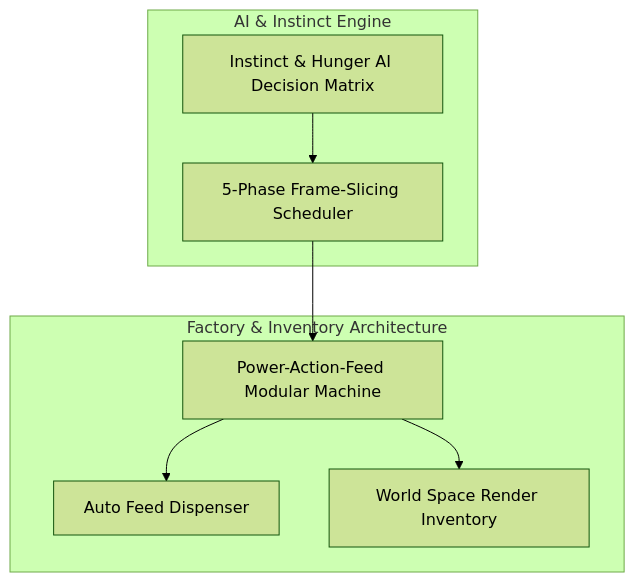
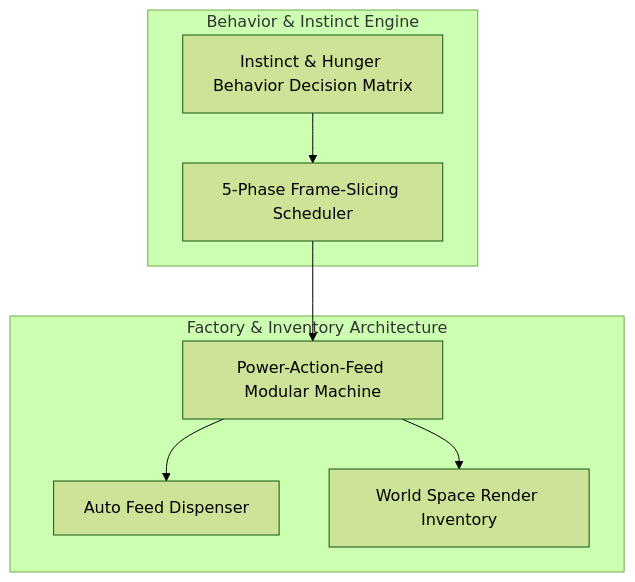
One commit to phal5/XSBD-WebPortfolio changed the diagram in Portfolio/Autonomous/content.md. Above: the diagram before and after it, drawn with Mermaid (forest theme). The commit also changed other lines of this file and 12 other files, not shown here.

````diff
--- a/Portfolio/Autonomous/content.md
+++ b/Portfolio/Autonomous/content.md
@@ -38,11 +44,11 @@
 ```mermaid
 graph TD
-    subgraph "AI & Instinct Engine"
-        AI[Instinct & Hunger AI Decision Matrix] --> Frame[5-Phase Frame-Slicing Scheduler]
+    subgraph "Behavior & Instinct Engine"
+        Branch[Instinct & Hunger Behavior Decision Matrix] --> Frame[5-Phase Frame-Slicing Scheduler]
     end
     subgraph "Factory & Inventory Architecture"
         Frame --> Factory[Power-Action-Feed Modular Machine]
         Factory --> Spawner[Auto Feed Dispenser]
         Factory --> Inv[World Space Render Inventory]
     end
 ```
````
